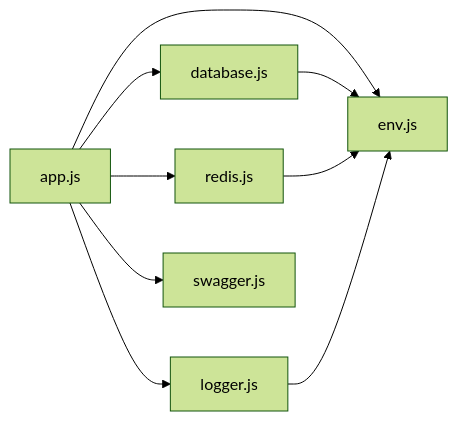
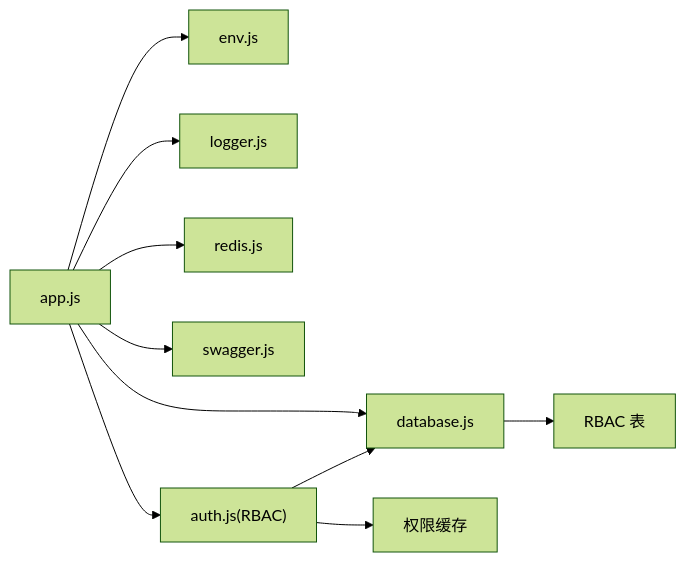
Before and after one commit to War-Blood/WX_APP_OA: the fourth of 5 diagrams in .qoder/repowiki/zh/content/部署配置/部署配置.md, drawn with Mermaid (forest theme). The commit also changed other lines of this file and 27 other files, not shown here.

````diff
--- a/.qoder/repowiki/zh/content/部署配置/部署配置.md
+++ b/.qoder/repowiki/zh/content/部署配置/部署配置.md
@@ -243,11 +333,12 @@
 ```mermaid
 graph LR
 APP["app.js"] --> ENV["env.js"]
 APP --> LOG["logger.js"]
 APP --> DB["database.js"]
 APP --> RDS["redis.js"]
 APP --> SWG["swagger.js"]
-DB --> ENV
-RDS --> ENV
-LOG --> ENV
+APP --> AUTH["auth.js(RBAC)"]
+AUTH --> DB
+AUTH --> CACHE["权限缓存"]
+DB --> RBAC["RBAC 表"]
 ```
````
